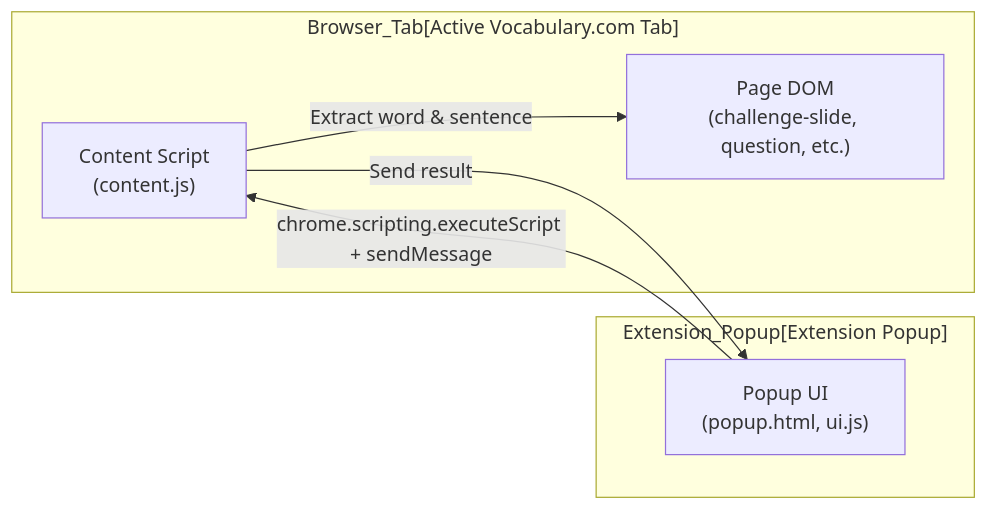
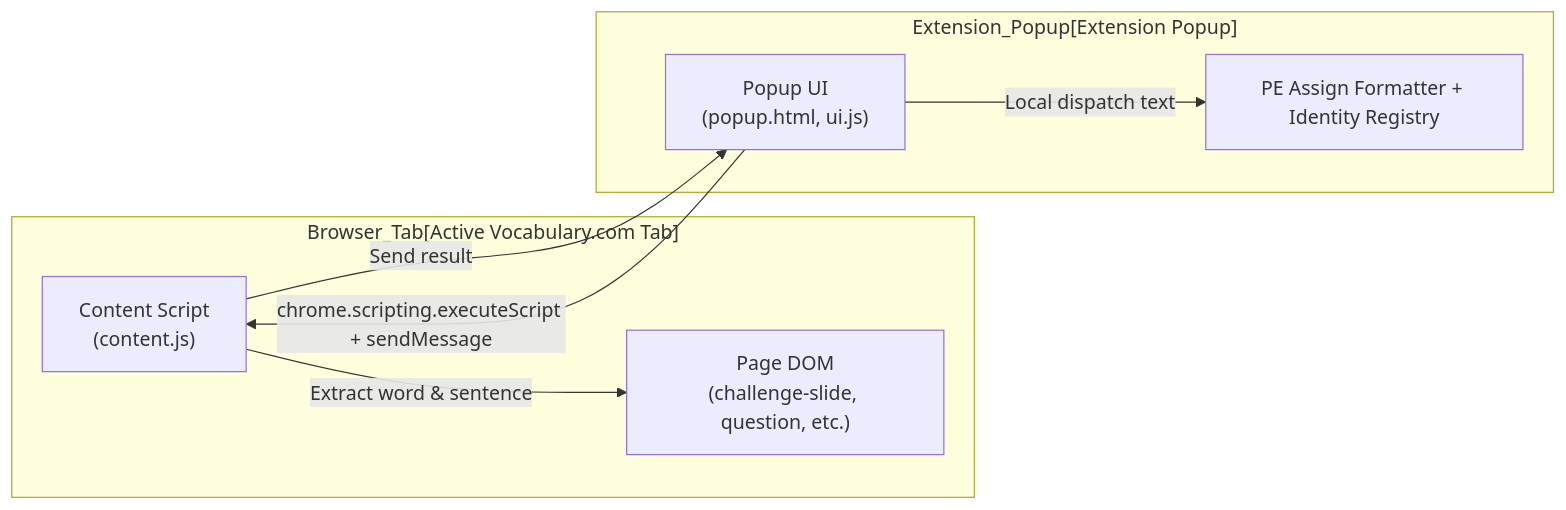
The fourth of 5 diagrams in README.md (HsiehShuJeng/scott-edge-extensions), drawn with Mermaid before and after one commit. The commit also changed other lines of this file and 11 other files, not shown here.

````diff
--- a/README.md
+++ b/README.md
@@ -150,13 +161,15 @@
 ```mermaid
 flowchart LR
     subgraph "Browser_Tab[Active Vocabulary.com Tab]"
         PageDOM["Page DOM<br/>(challenge-slide, question, etc.)"]
         ContentScript["Content Script<br/>(content.js)"]
     end
     subgraph "Extension_Popup[Extension Popup]"
         PopupUI["Popup UI<br/>(popup.html, ui.js)"]
+        Assign["PE Assign Formatter + Identity Registry"]
+        PopupUI -- "Local dispatch text" --> Assign
     end
     PopupUI -- "chrome.scripting.executeScript + sendMessage" --> ContentScript
     ContentScript -- "Extract word & sentence" --> PageDOM
     ContentScript -- "Send result" --> PopupUI
 ```
````
